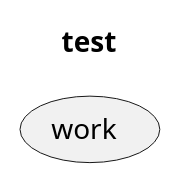
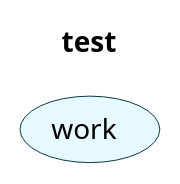
One commit to jawira/phing-visualizer changed the diagram in resources/puml/gist-nfabre.puml. Above: the diagram before and after it, drawn with PlantUML. The commit also changed 7 other files, not shown here.

```diff
--- a/resources/puml/gist-nfabre.puml
+++ b/resources/puml/gist-nfabre.puml
@@ -2,8 +1,15 @@
-        @startuml
-        
-            title test
-        skinparam arrowFontColor Grey
-        
-            (work)
-            
-        @enduml
+@startuml
+
+title test
+skinparam Arrow {
+    Color #0C3A49
+    FontColor #3787A6
+}
+skinparam Usecase {
+    BackgroundColor #E6F9FE
+    BorderColor #0C3A49
+}
+
+(work)
+
+@enduml
```
